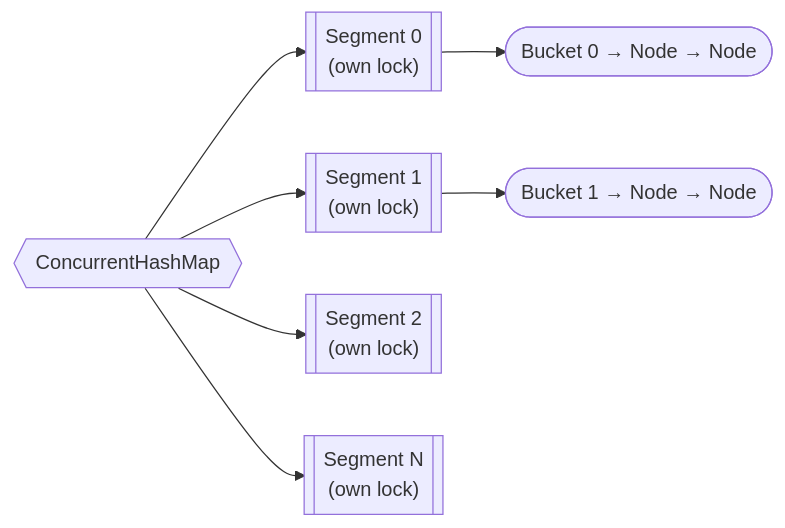
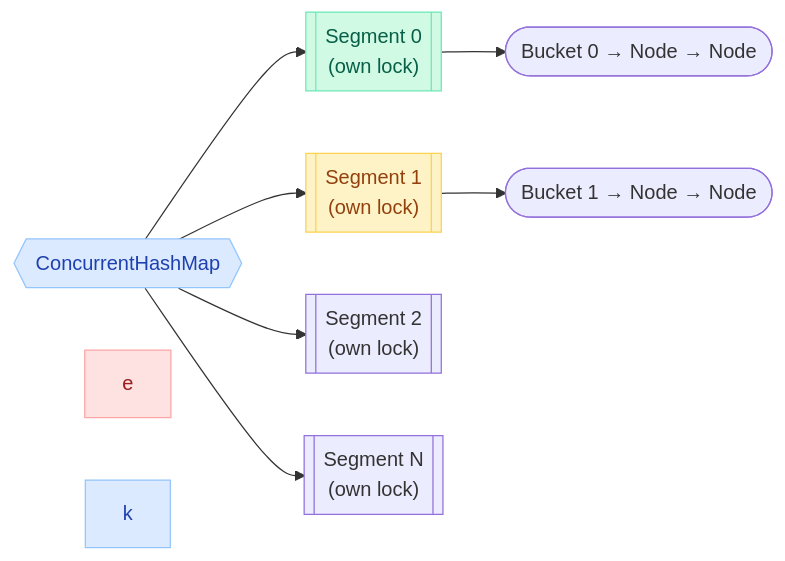
Before and after one commit to saivamsikaruturi/vamsilabs-dev-notes-main: the eighth of 9 diagrams in docs/java/MultiThreading.md, drawn with Mermaid. The commit also changed other lines of this file and 220 other files, not shown here.

First line of the commit message:
Add 50+ new Java/Spring Boot pages, rewrite CSS code blocks to Oracle style, fix all diagram colors

````diff
--- a/docs/java/MultiThreading.md
+++ b/docs/java/MultiThreading.md
@@ -912,10 +948,16 @@
 ```mermaid
 flowchart LR
     CHM{{"ConcurrentHashMap"}}
     CHM --> S0[["Segment 0<br/>(own lock)"]]
     CHM --> S1[["Segment 1<br/>(own lock)"]]
     CHM --> S2[["Segment 2<br/>(own lock)"]]
     CHM --> SN[["Segment N<br/>(own lock)"]]
     S0 --> B0(["Bucket 0 → Node → Node"])
     S1 --> B1(["Bucket 1 → Node → Node"])
+
+    style CHM fill:#DBEAFE,stroke:#93C5FD,color:#1E40AF
+    style S0 fill:#D1FAE5,stroke:#6EE7B7,color:#065F46
+    style S1 fill:#FEF3C7,stroke:#FCD34D,color:#92400E
+    style e fill:#FEE2E2,stroke:#FCA5A5,color:#991B1B
+    style k fill:#DBEAFE,stroke:#93C5FD,color:#1E40AF
 ```
````
